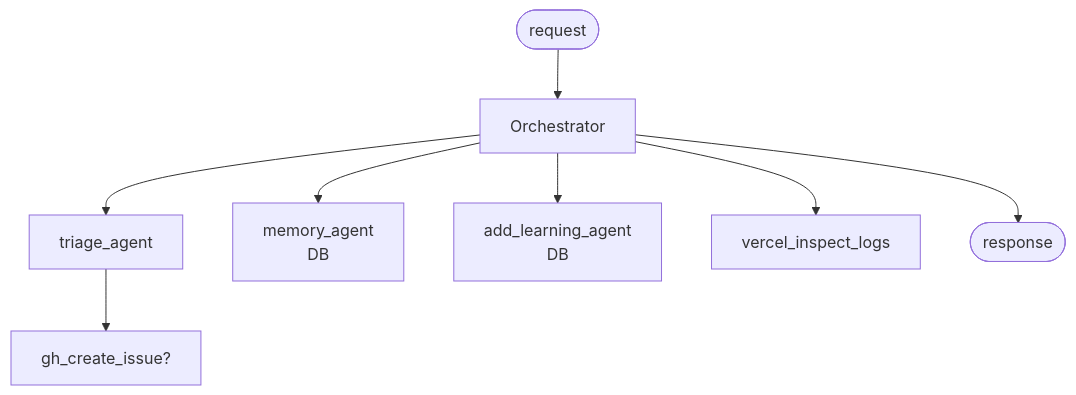
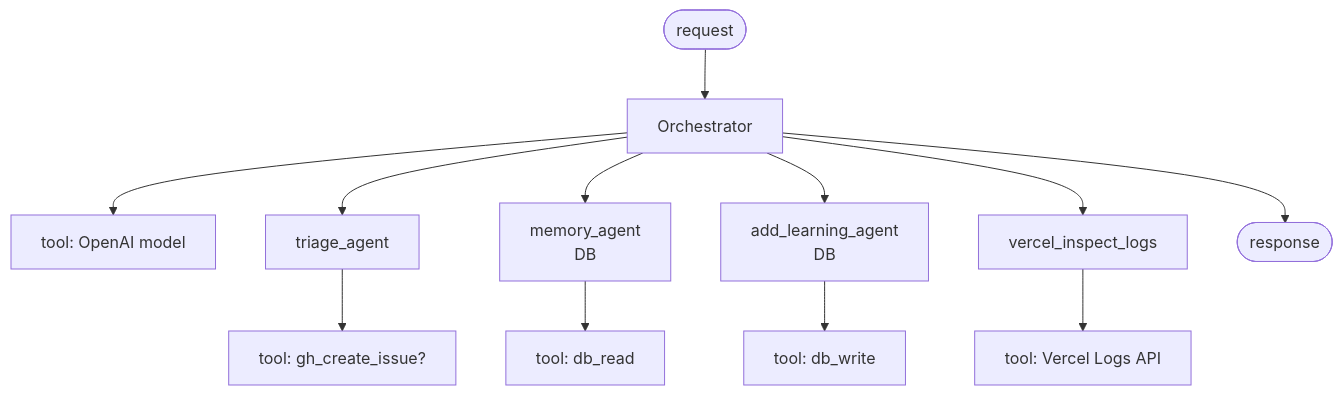
One commit to harsh-m-patil/hermes changed the second of 3 diagrams in README.md. Above: the diagram before and after it, drawn with Mermaid. The commit also changed other lines of this file, not shown here.

Commit message:
update diagram in README.md

````diff
--- a/README.md
+++ b/README.md
@@ -90,10 +118,14 @@
 ```mermaid
 flowchart TB
   req([request]) --> orch[Orchestrator]
+  orch --> orch_tool["tool: OpenAI model"]
   orch --> triage[triage_agent]
+  triage --> triage_tool["tool: gh_create_issue?"]
   orch --> memory["memory_agent<br/>DB"]
+  memory --> memory_tool["tool: db_read"]
   orch --> learning["add_learning_agent<br/>DB"]
+  learning --> learning_tool["tool: db_write"]
   orch --> logs[vercel_inspect_logs]
-  triage --> maybe[gh_create_issue?]
+  logs --> logs_tool["tool: Vercel Logs API"]
   orch --> res([response])
 ```
````
